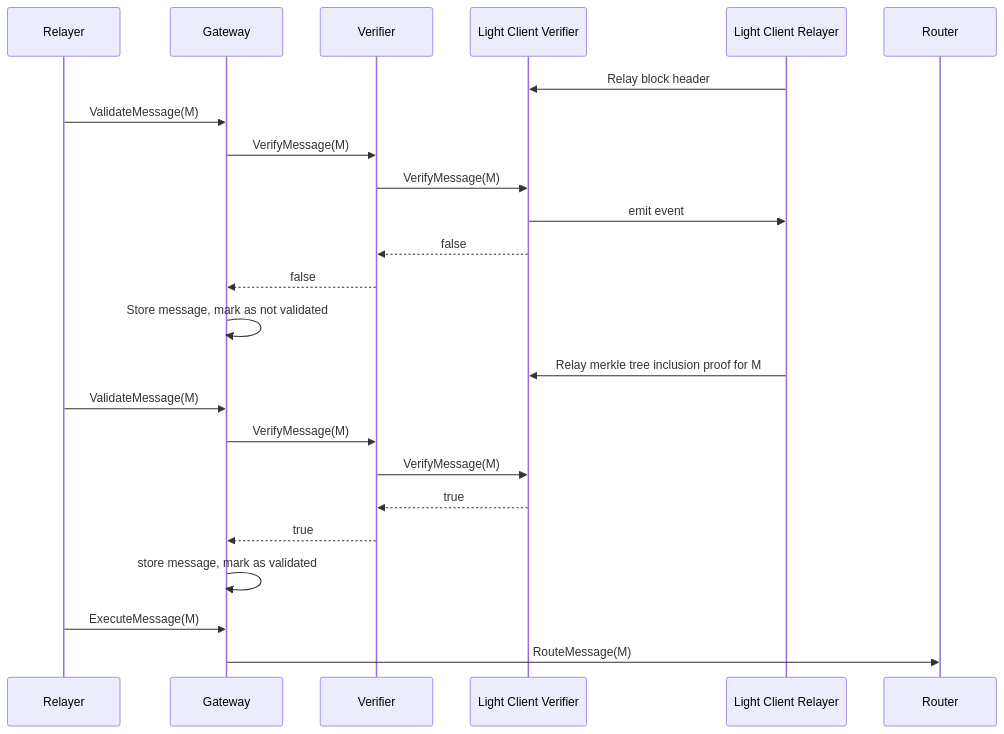
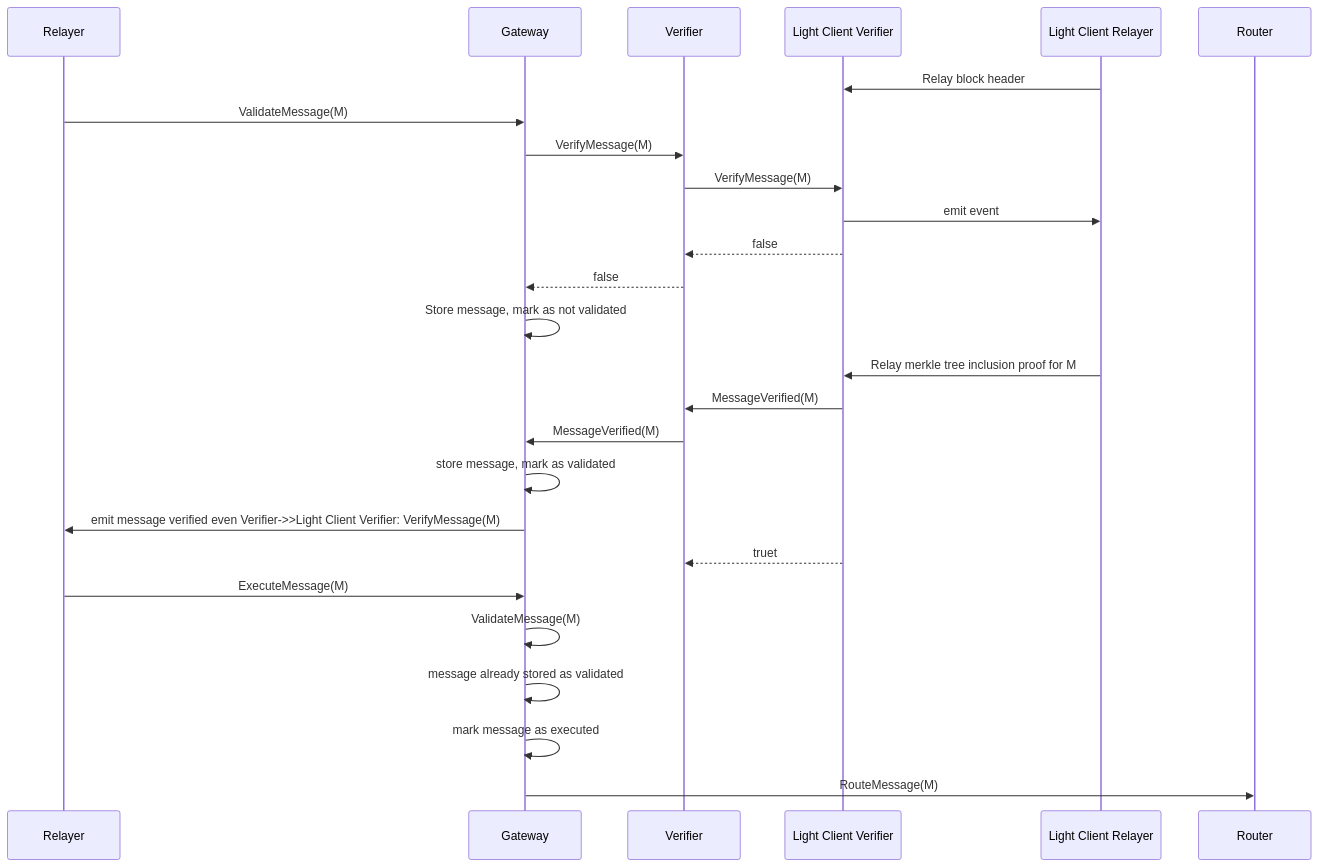
One commit to axelarnetwork/axelar-amplifier changed the sixth of 18 diagrams in README.md. Above: the diagram before and after it, drawn with Mermaid. The commit also changed other lines of this file, not shown here.

````diff
--- a/README.md
+++ b/README.md
@@ -203,31 +189,33 @@
 ```mermaid
 sequenceDiagram
     participant Relayer
     participant Gateway
     participant Verifier
     participant Light Client Verifier
     participant Light Client Relayer
     participant Router
 
     Light Client Relayer->>Light Client Verifier: Relay block header
 
     Relayer->>Gateway: ValidateMessage(M)
     Gateway->>Verifier: VerifyMessage(M)
     Verifier->>Light Client Verifier: VerifyMessage(M)
     Light Client Verifier->>Light Client Relayer: emit event
     Light Client Verifier-->>Verifier: false
     Verifier-->>Gateway: false
     Gateway->>Gateway: Store message, mark as not validated
 
     Light Client Relayer->>Light Client Verifier: Relay merkle tree inclusion proof for M
+    Light Client Verifier->>Verifier: MessageVerified(M)
+    Verifier->>Gateway: MessageVerified(M)
+    Gateway->>Gateway: store message, mark as validated
+    Gateway->>Relayer: emit message verified even    Verifier->>Light Client Verifier: VerifyMessage(M)
+    Light Client Verifier-->>Verifier: truet
 
-    Relayer->>Gateway: ValidateMessage(M)
-    Gateway->>Verifier: VerifyMessage(M)
-    Verifier->>Light Client Verifier: VerifyMessage(M)
-    Light Client Verifier-->>Verifier: true
-    Verifier-->>Gateway: true
-    Gateway->>Gateway: store message, mark as validated
 
     Relayer->>Gateway: ExecuteMessage(M)
+    Gateway->>Gateway: ValidateMessage(M)
+    Gateway->>Gateway: message already stored as validated
+    Gateway->>Gateway: mark message as executed
     Gateway->>Router: RouteMessage(M)
 ```
````
